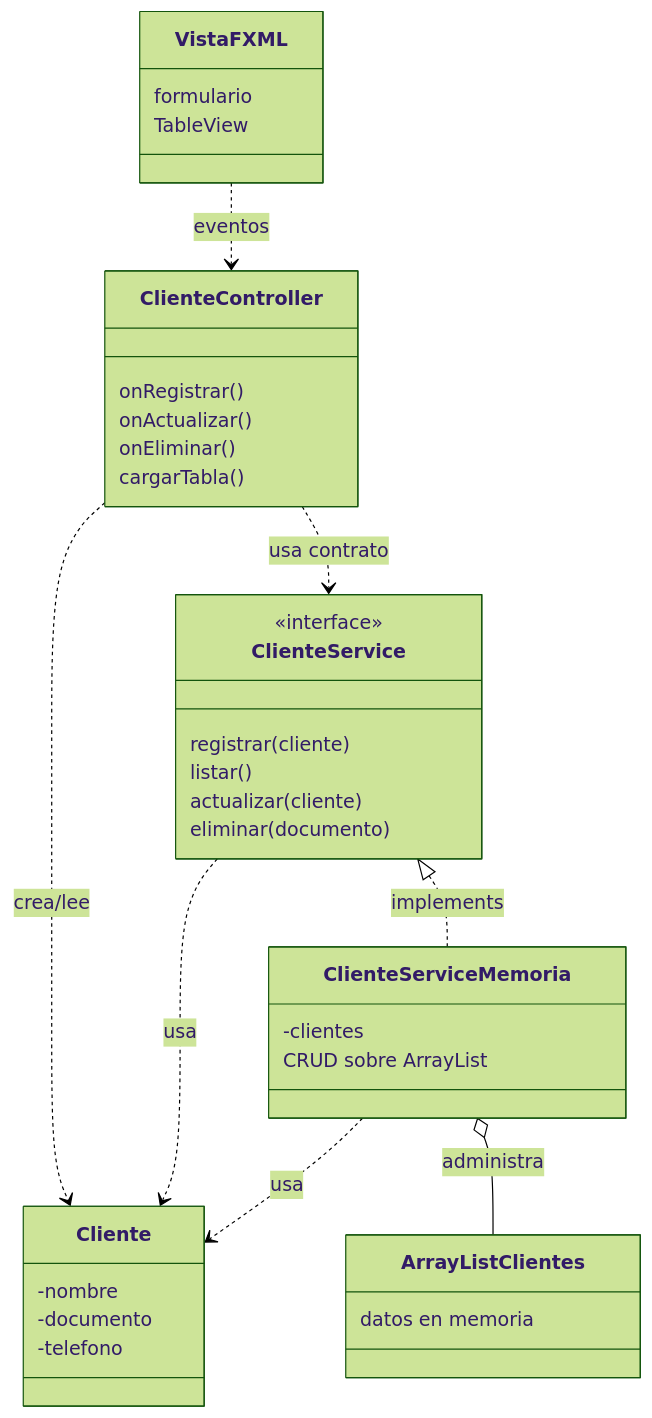
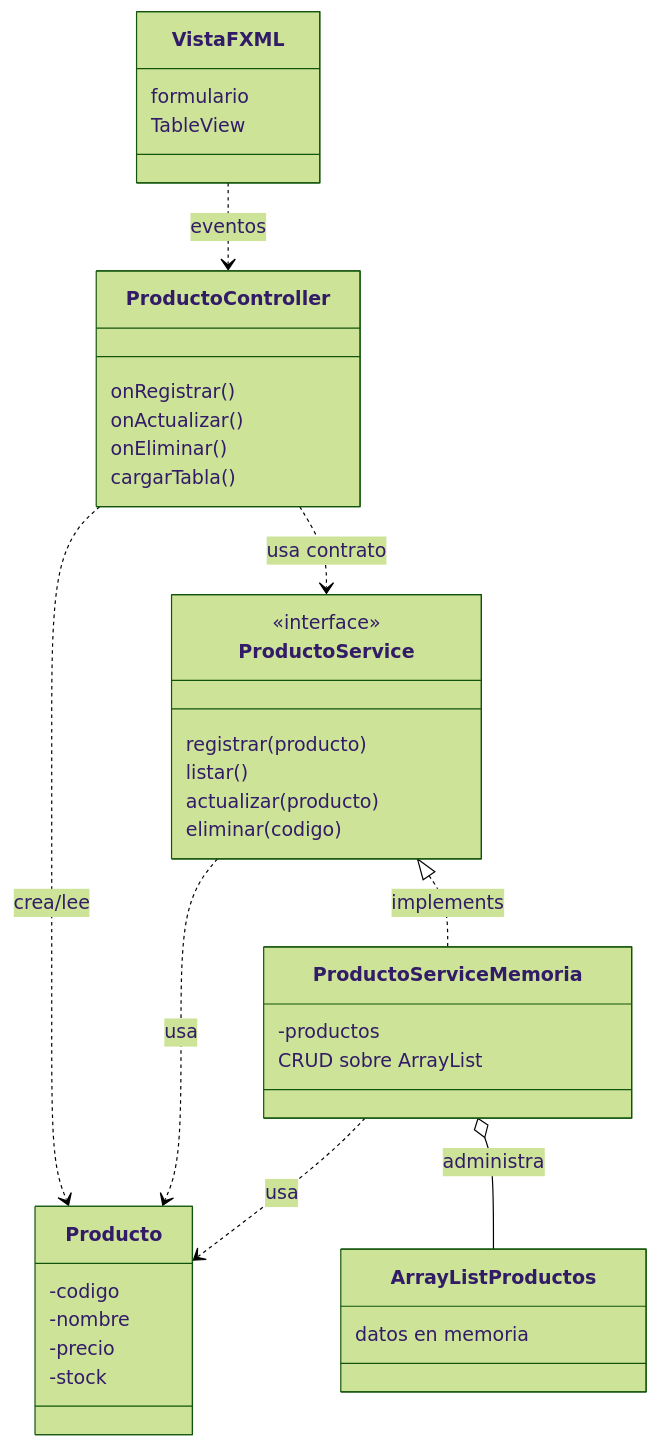
One commit to 262poo/comarket changed the diagram in docs/S08_CRUD_GUI_Memoria.md. Above: the diagram before and after it, drawn with Mermaid (forest theme). The commit also changed other lines of this file and 12 other files, not shown here.

````diff
--- a/docs/S08_CRUD_GUI_Memoria.md
+++ b/docs/S08_CRUD_GUI_Memoria.md
@@ -59,40 +59,41 @@
 ```mermaid
 classDiagram
     class VistaFXML {
         formulario
         TableView
     }
-    class ClienteController {
+    class ProductoController {
         onRegistrar()
         onActualizar()
         onEliminar()
         cargarTabla()
     }
-    class ClienteService {
+    class ProductoService {
         <<interface>>
-        registrar(cliente)
+        registrar(producto)
         listar()
-        actualizar(cliente)
-        eliminar(documento)
+        actualizar(producto)
+        eliminar(codigo)
     }
-    class ClienteServiceMemoria {
-        -clientes
+    class ProductoServiceMemoria {
+        -productos
         CRUD sobre ArrayList
     }
-    class Cliente {
+    class Producto {
+        -codigo
         -nombre
-        -documento
-        -telefono
+        -precio
+        -stock
     }
-    class ArrayListClientes {
+    class ArrayListProductos {
         datos en memoria
     }
 
-    VistaFXML ..> ClienteController : eventos
-    ClienteController ..> ClienteService : usa contrato
-    ClienteController ..> Cliente : crea/lee
-    ClienteService <|.. ClienteServiceMemoria : implements
-    ClienteService ..> Cliente : usa
-    ClienteServiceMemoria ..> Cliente : usa
-    ClienteServiceMemoria o-- ArrayListClientes : administra
+    VistaFXML ..> ProductoController : eventos
+    ProductoController ..> ProductoService : usa contrato
+    ProductoController ..> Producto : crea/lee
+    ProductoService <|.. ProductoServiceMemoria : implements
+    ProductoService ..> Producto : usa
+    ProductoServiceMemoria ..> Producto : usa
+    ProductoServiceMemoria o-- ArrayListProductos : administra
 ```
````
